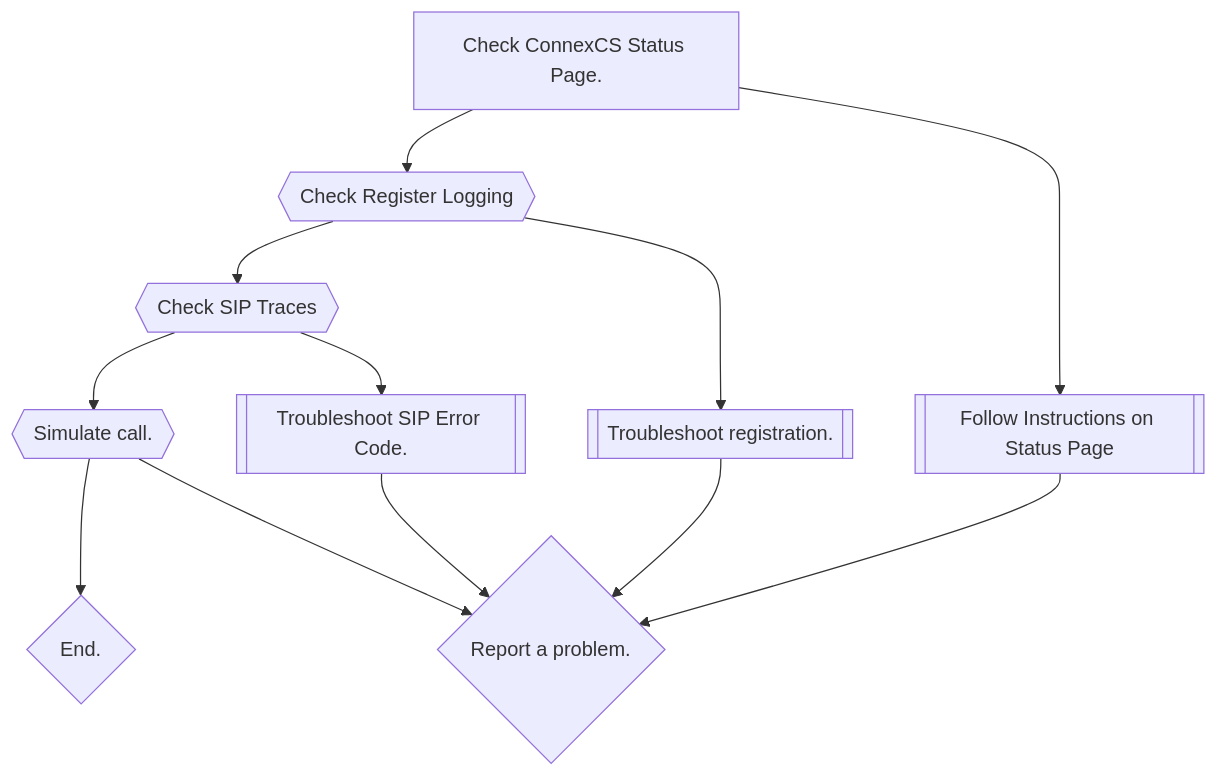
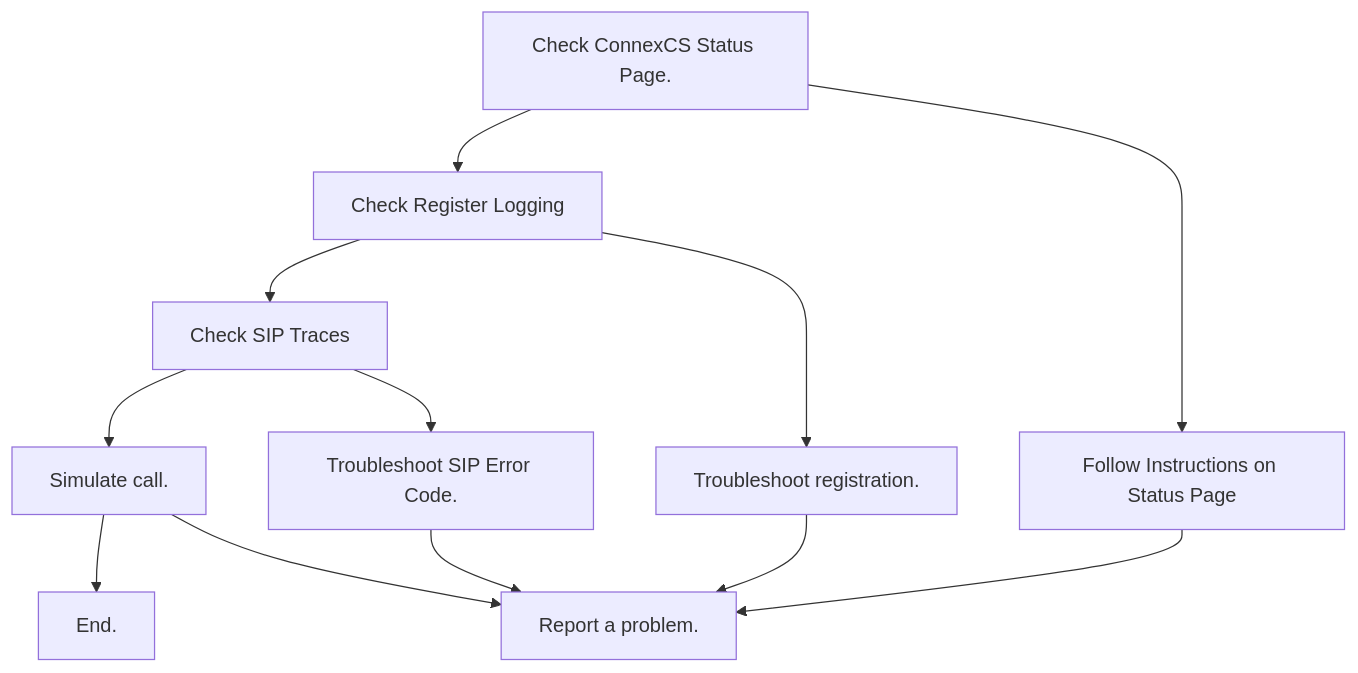
One commit to connexcs/docs changed the diagram in docs/guides/tshoot-signal.md. Above: the diagram before and after it, drawn with Mermaid.

Commit message:
Update tshoot-signal.md
testing mermaid

````diff
--- a/docs/guides/tshoot-signal.md
+++ b/docs/guides/tshoot-signal.md
@@ -30,14 +30,14 @@
 ```mermaid
 graph TD
-    A[Check ConnexCS Status Page.] --> C{{Check Register Logging}}
-    A[Check ConnexCS Status Page.] --> B[[Follow Instructions on Status Page]]
-    C --> E{{Check SIP Traces}}    
-    C --> D[[Troubleshoot registration.]]
-    E --> G{{Simulate call.}}
-    E --> F[[Troubleshoot SIP Error Code.]]
-    G --> H{End.}
-    G --> I{Report a problem.}
-    B --> I{Report a problem.}
-    D --> I{Report a problem.}
-    F --> I{Report a problem.}
+    A[Check ConnexCS Status Page.] --> C[Check Register Logging]
+    A[Check ConnexCS Status Page.] --> B[Follow Instructions on Status Page]
+    C --> E[Check SIP Traces]
+    C --> D[Troubleshoot registration.]
+    E --> G[Simulate call.]
+    E --> F[Troubleshoot SIP Error Code.]
+    G --> H[End.]
+    G --> I[Report a problem.]
+    B --> I[Report a problem.]
+    D --> I[Report a problem.]
+    F --> I[Report a problem.]
 ```
````
